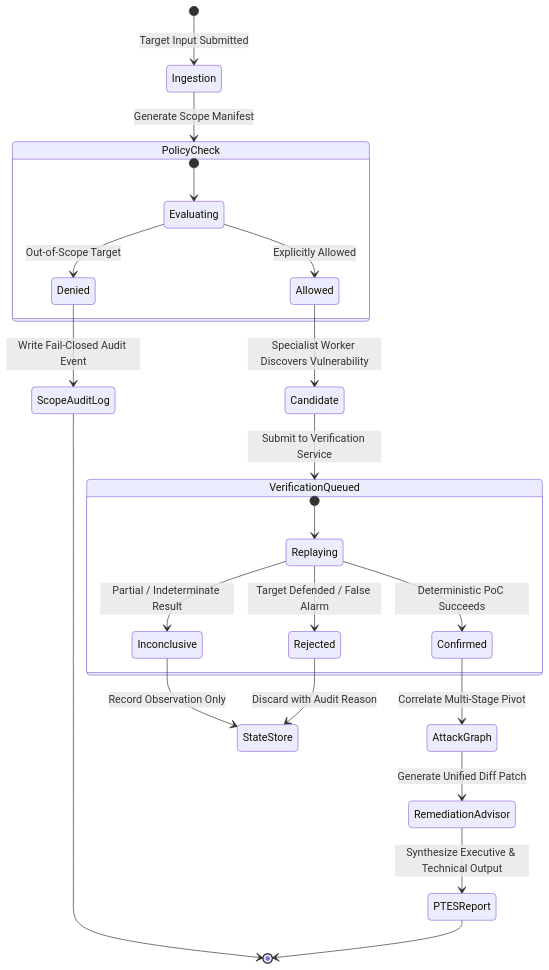
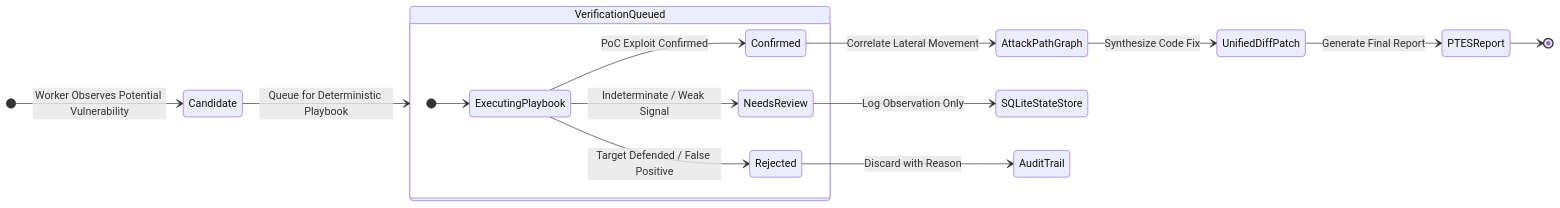
One commit to EDITH-KRP/MITIGATA_Hackthon changed the third of 3 diagrams in README.md. Above: the diagram before and after it, drawn with Mermaid. The commit also changed other lines of this file, not shown here.

Commit message:
docs: modernize README with professional architecture diagrams and comprehensive capability guide

````diff
--- a/README.md
+++ b/README.md
@@ -109,32 +157,21 @@
 ```mermaid
 stateDiagram-v2
-    [*] --> Ingestion: Target Input Submitted
-    Ingestion --> PolicyCheck: Generate Scope Manifest
-    
-    state PolicyCheck {
-        [*] --> Evaluating
-        Evaluating --> Denied: Out-of-Scope Target
-        Evaluating --> Allowed: Explicitly Allowed
-    }
-    
-    Denied --> ScopeAuditLog: Write Fail-Closed Audit Event
-    ScopeAuditLog --> [*]
-
-    Allowed --> Candidate: Specialist Worker Discovers Vulnerability
-    Candidate --> VerificationQueued: Submit to Verification Service
+    direction LR
+    [*] --> Candidate: Worker Observes Potential Vulnerability
+    Candidate --> VerificationQueued: Queue for Deterministic Playbook
     
     state VerificationQueued {
-        [*] --> Replaying
-        Replaying --> Confirmed: Deterministic PoC Succeeds
-        Replaying --> Inconclusive: Partial / Indeterminate Result
-        Replaying --> Rejected: Target Defended / False Alarm
+        [*] --> ExecutingPlaybook
+        ExecutingPlaybook --> Confirmed: PoC Exploit Confirmed
+        ExecutingPlaybook --> NeedsReview: Indeterminate / Weak Signal
+        ExecutingPlaybook --> Rejected: Target Defended / False Positive
     }
 
-    Confirmed --> AttackGraph: Correlate Multi-Stage Pivot
-    Inconclusive --> StateStore: Record Observation Only
-    Rejected --> StateStore: Discard with Audit Reason
+    Confirmed --> AttackPathGraph: Correlate Lateral Movement
+    NeedsReview --> SQLiteStateStore: Log Observation Only
+    Rejected --> AuditTrail: Discard with Reason
 
-    AttackGraph --> RemediationAdvisor: Generate Unified Diff Patch
-    RemediationAdvisor --> PTESReport: Synthesize Executive & Technical Output
+    AttackPathGraph --> UnifiedDiffPatch: Synthesize Code Fix
+    UnifiedDiffPatch --> PTESReport: Generate Final Report
     PTESReport --> [*]
 ```
````
